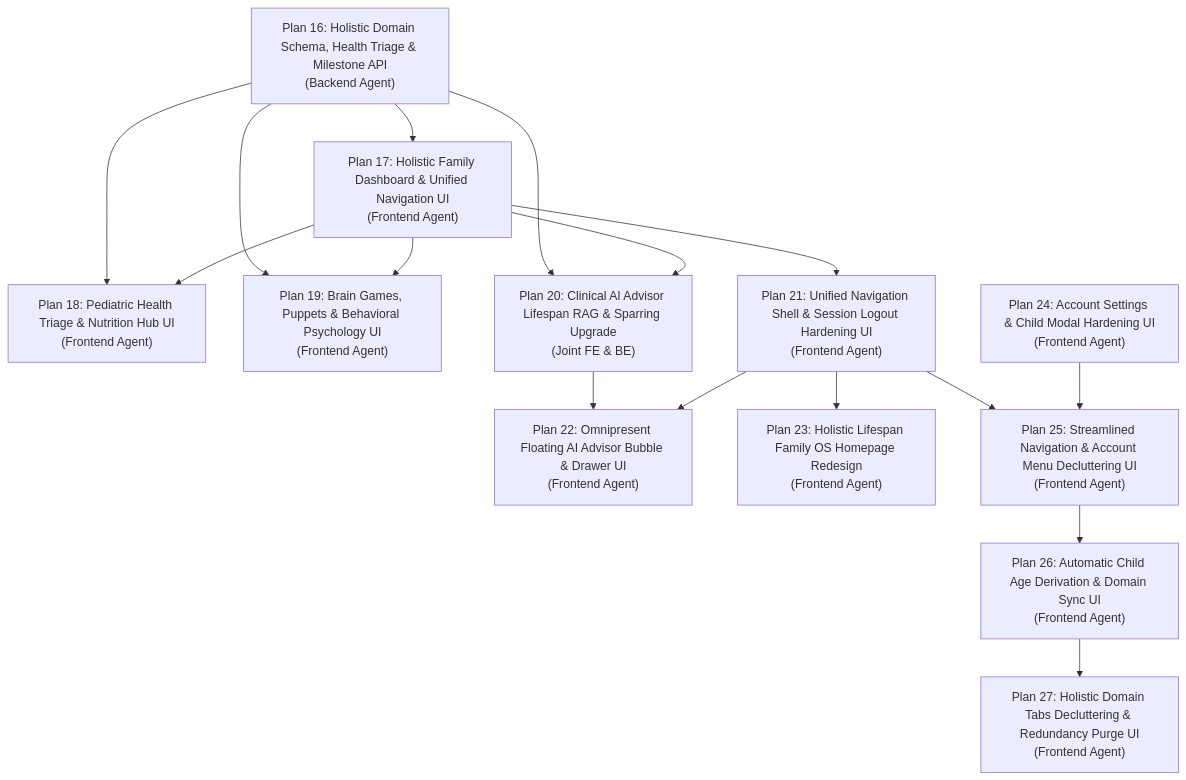
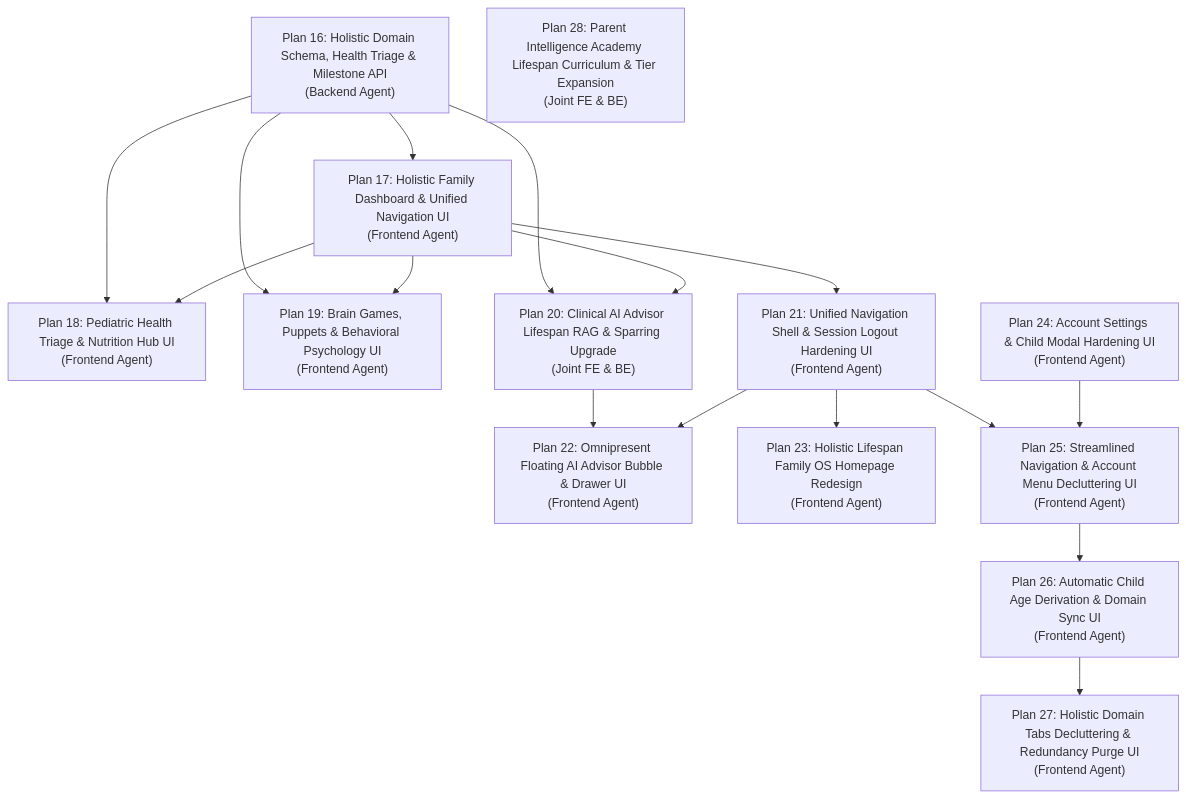
Before and after one commit to Souheil007/AlongSide: the second of 2 diagrams in docs/technical-roadmap-v2.4.0.md, drawn with Mermaid. The commit also changed other lines of this file and 12 other files, not shown here.

````diff
--- a/docs/technical-roadmap-v2.4.0.md
+++ b/docs/technical-roadmap-v2.4.0.md
@@ -199,31 +199,32 @@
 ```mermaid
 graph TD
     P16["Plan 16: Holistic Domain Schema, Health Triage & Milestone API<br/>(Backend Agent)"]
     P17["Plan 17: Holistic Family Dashboard & Unified Navigation UI<br/>(Frontend Agent)"]
     P18["Plan 18: Pediatric Health Triage & Nutrition Hub UI<br/>(Frontend Agent)"]
     P19["Plan 19: Brain Games, Puppets & Behavioral Psychology UI<br/>(Frontend Agent)"]
     P20["Plan 20: Clinical AI Advisor Lifespan RAG & Sparring Upgrade<br/>(Joint FE & BE)"]
     P21["Plan 21: Unified Navigation Shell & Session Logout Hardening UI<br/>(Frontend Agent)"]
     P22["Plan 22: Omnipresent Floating AI Advisor Bubble & Drawer UI<br/>(Frontend Agent)"]
     P23["Plan 23: Holistic Lifespan Family OS Homepage Redesign<br/>(Frontend Agent)"]
     P24["Plan 24: Account Settings & Child Modal Hardening UI<br/>(Frontend Agent)"]
     P25["Plan 25: Streamlined Navigation & Account Menu Decluttering UI<br/>(Frontend Agent)"]
     P26["Plan 26: Automatic Child Age Derivation & Domain Sync UI<br/>(Frontend Agent)"]
     P27["Plan 27: Holistic Domain Tabs Decluttering & Redundancy Purge UI<br/>(Frontend Agent)"]
+    P28["Plan 28: Parent Intelligence Academy Lifespan Curriculum & Tier Expansion<br/>(Joint FE & BE)"]
 
     P16 --> P17
     P16 --> P18
     P16 --> P19
     P16 --> P20
     P17 --> P18
     P17 --> P19
     P17 --> P20
     P17 --> P21
     P20 --> P22
     P21 --> P22
     P21 --> P23
     P21 --> P25
     P24 --> P25
     P25 --> P26
     P26 --> P27
 ```
````
